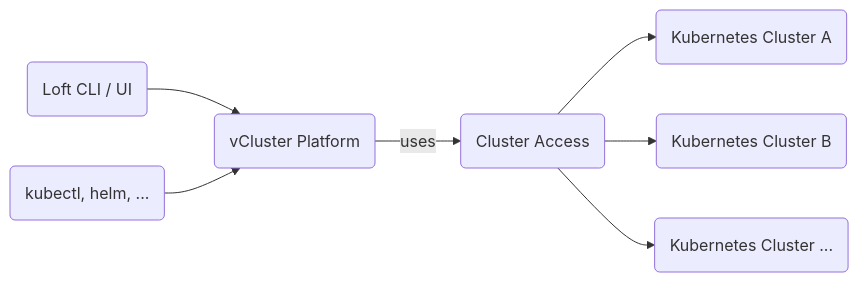
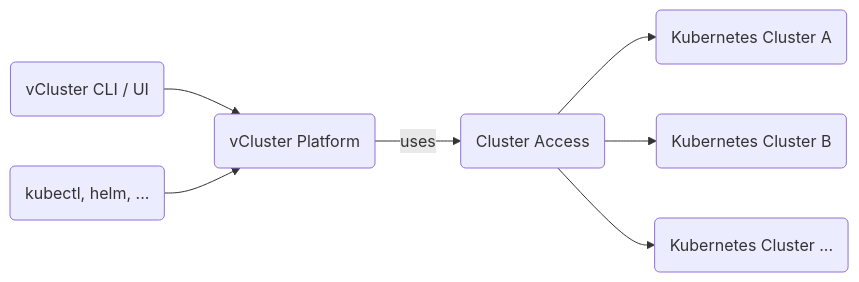
One commit to loft-sh/vcluster-docs changed the diagram in platform/clusters/cluster-access.mdx. Above: the diagram before and after it, drawn with Mermaid. The commit also changed 52 other files, not shown here.

````diff
--- a/platform/clusters/cluster-access.mdx
+++ b/platform/clusters/cluster-access.mdx
@@ -18,13 +18,13 @@
 ```mermaid
 flowchart LR;
-  CLI(Loft CLI / UI) --> Loft
+  CLI(vCluster CLI / UI) --> Loft
   kubectl(kubectl, helm, ...) --> Loft
 
   Loft(vCluster Platform) -- uses --> ClusterAccess(Cluster Access)
 
   ClusterAccess --> ClusterA(Kubernetes Cluster A)
   ClusterAccess --> ClusterB(Kubernetes Cluster B)
   ClusterAccess --> ClusterC(Kubernetes Cluster ...)
 
   class Loft loft
 ```
````
